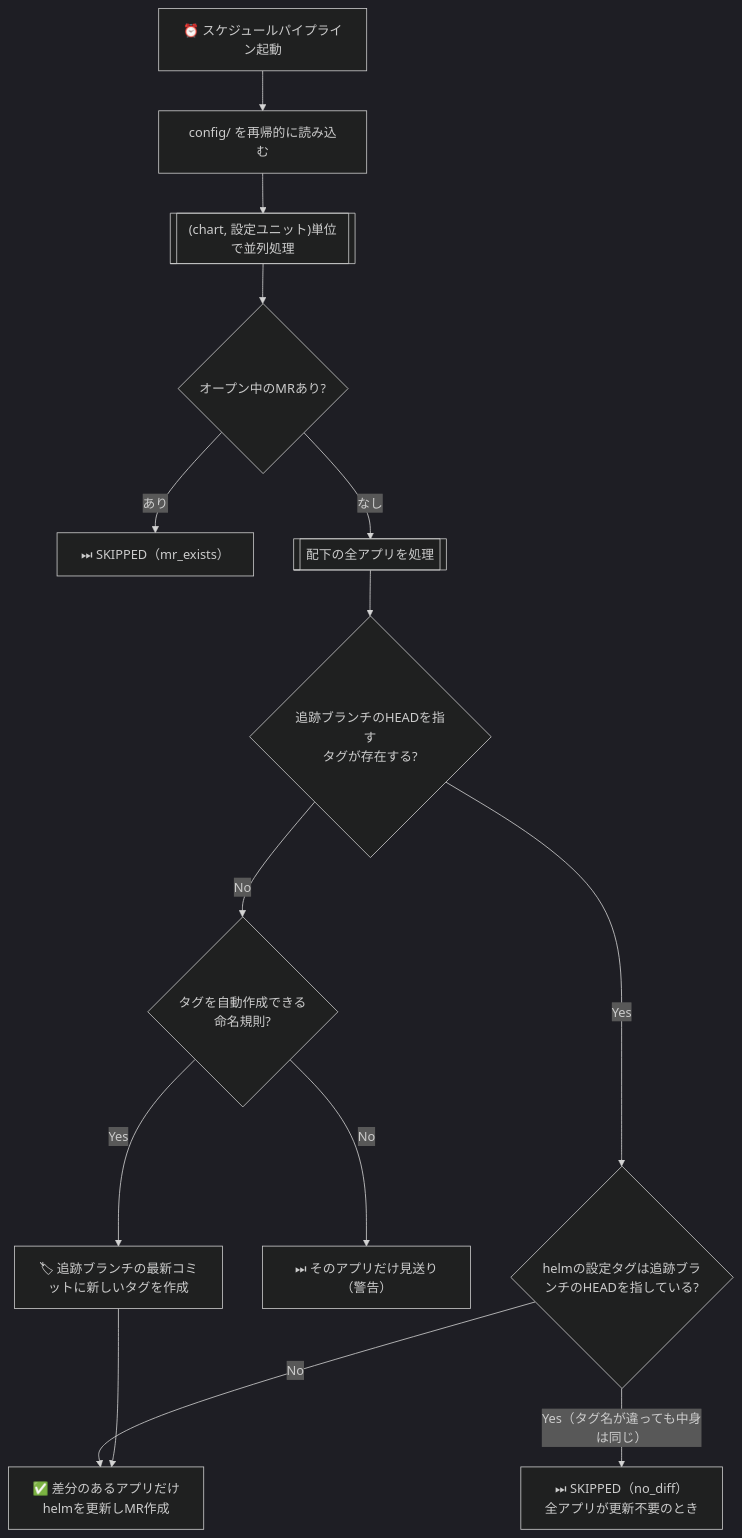
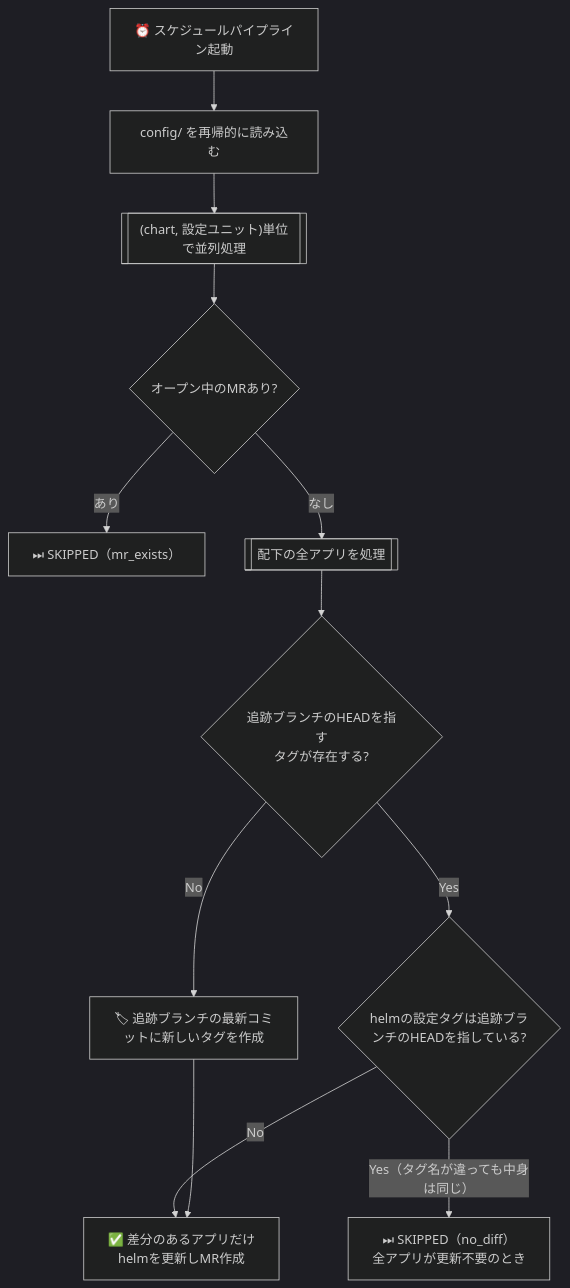
The diagram in README.md (sinnlosses/helm-yadokari), drawn with Mermaid (dark theme) before and after one commit. The commit also changed other lines of this file and 26 other files, not shown here.

````diff
--- a/README.md
+++ b/README.md
@@ -142,16 +114,14 @@
 ```mermaid
 flowchart TD
     A[⏰ スケジュールパイプライン起動] --> B[config/ を再帰的に読み込む]
     B --> C[["(chart, 設定ユニット)単位で並列処理"]]
     C --> D{オープン中のMRあり?}
     D -->|あり| E1["⏭ SKIPPED（mr_exists）"]
     D -->|なし| F[[配下の全アプリを処理]]
     F --> G{追跡ブランチのHEADを指す<br>タグが存在する?}
-    G -->|No| H{タグを自動作成できる<br>命名規則?}
-    H -->|Yes| H1[🏷 追跡ブランチの最新コミットに新しいタグを作成]
-    H -->|No| H2["⏭ そのアプリだけ見送り（警告）"]
+    G -->|No| H1[🏷 追跡ブランチの最新コミットに新しいタグを作成]
     G -->|Yes| I{helmの設定タグは追跡ブランチのHEADを指している?}
     I -->|Yes（タグ名が違っても中身は同じ）| E2["⏭ SKIPPED（no_diff）<br/>全アプリが更新不要のとき"]
     I -->|No| J[✅ 差分のあるアプリだけ<br>helmを更新しMR作成]
     H1 --> J
 ```
````
